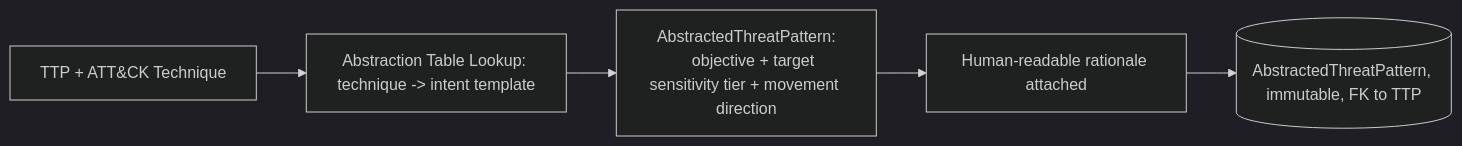
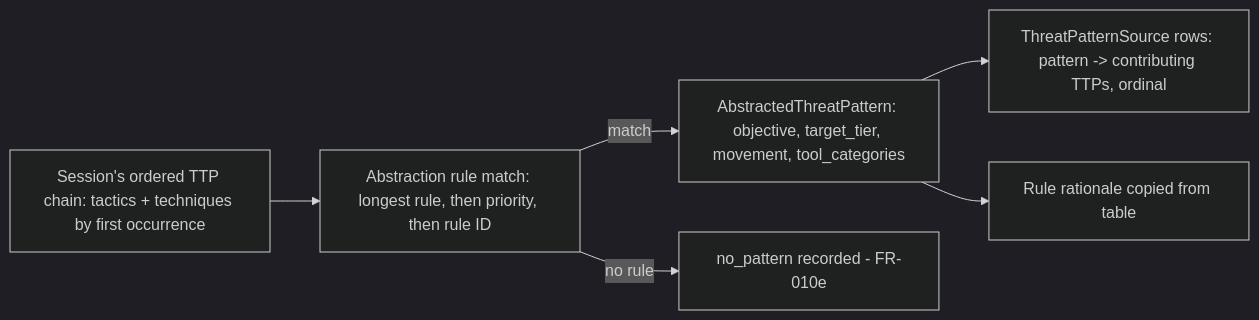
One commit to Shriram28Baskar/Adversary-in-the-loop changed the fifth of 9 diagrams in ARCHITECTURE.md. Above: the diagram before and after it, drawn with Mermaid (dark theme). The commit also changed other lines of this file and 3 other files, not shown here.

````diff
--- a/ARCHITECTURE.md
+++ b/ARCHITECTURE.md
@@ -203,8 +224,8 @@
 ```mermaid
 flowchart LR
-    TTPIN[TTP + ATT&CK Technique] --> LOOKUP[Abstraction Table Lookup: technique -> intent template]
-    LOOKUP --> PATTERN[AbstractedThreatPattern:
-    objective + target sensitivity tier + movement direction]
-    PATTERN --> RATIONALE[Human-readable rationale attached]
-    RATIONALE --> OUT[(AbstractedThreatPattern, immutable, FK to TTP)]
+    CHAIN[Session's ordered TTP chain: tactics + techniques by first occurrence] --> MATCH[Abstraction rule match: longest rule, then priority, then rule ID]
+    MATCH -->|match| PATTERN[AbstractedThreatPattern: objective, target_tier, movement, tool_categories]
+    MATCH -->|no rule| NOPAT[no_pattern recorded - FR-010e]
+    PATTERN --> SRC[ThreatPatternSource rows: pattern -> contributing TTPs, ordinal]
+    PATTERN --> RATIONALE[Rule rationale copied from table]
 ```
````
